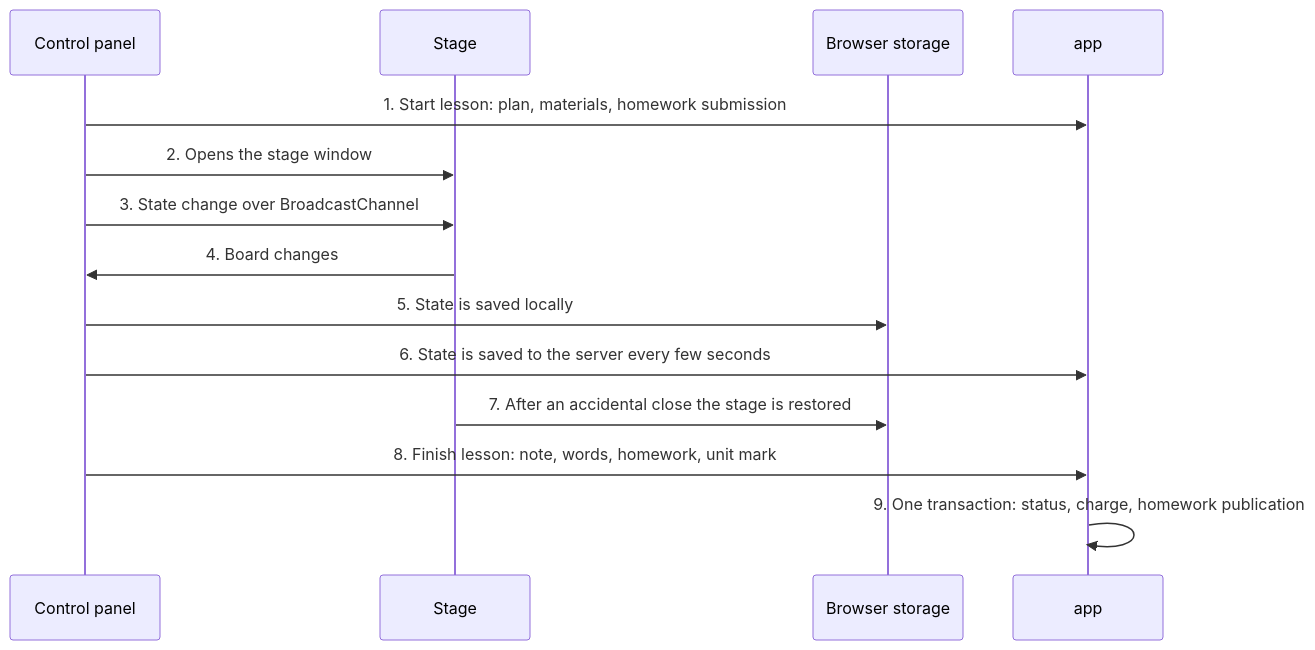
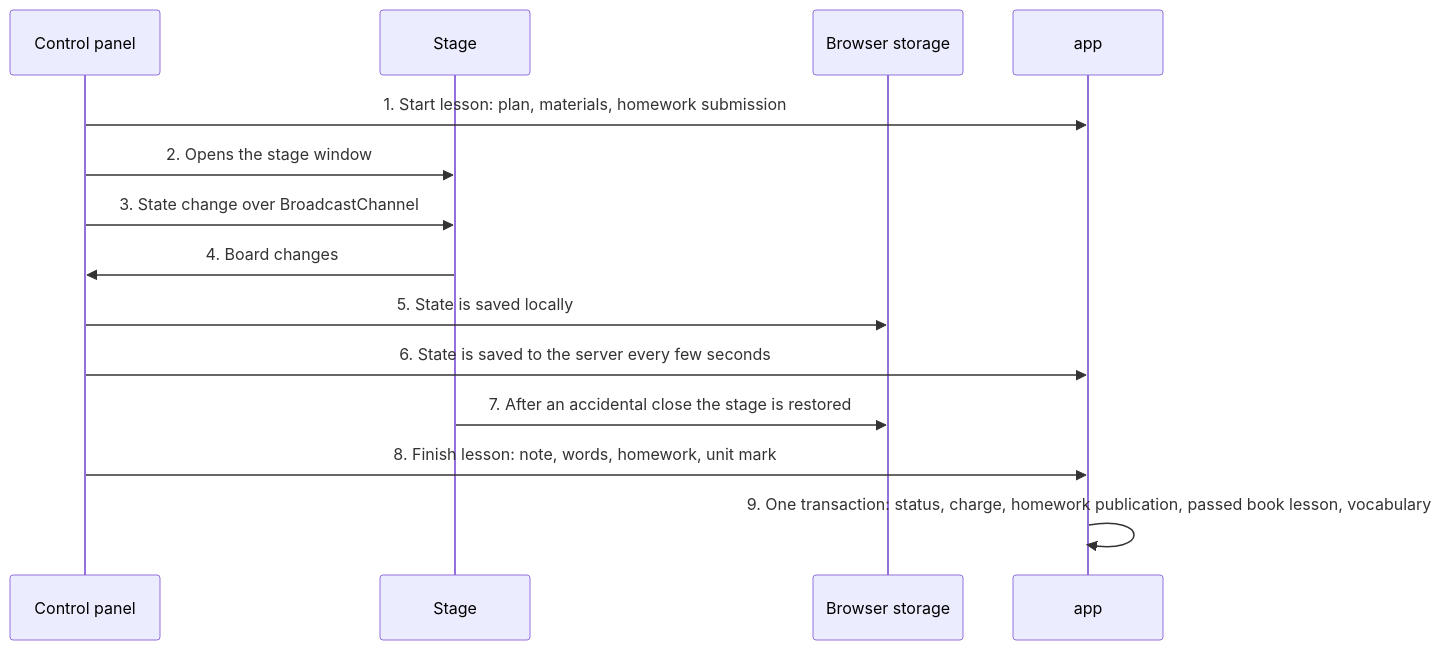
One commit to VickieKom/studysoft changed the eighth of 11 diagrams in docs/architecture.md. Above: the diagram before and after it, drawn with Mermaid. The commit also changed other lines of this file and 2 other files, not shown here.

Commit message:
Describe the vocabulary and finishLesson (#154)

````diff
--- a/docs/architecture.md
+++ b/docs/architecture.md
@@ -441,17 +442,17 @@
 ```mermaid
 sequenceDiagram
     participant P as Control panel
     participant C as Stage
     participant L as Browser storage
     participant A as app
 
     P->>A: 1. Start lesson: plan, materials, homework submission
     P->>C: 2. Opens the stage window
     P->>C: 3. State change over BroadcastChannel
     C->>P: 4. Board changes
     P->>L: 5. State is saved locally
     P->>A: 6. State is saved to the server every few seconds
     C->>L: 7. After an accidental close the stage is restored
     P->>A: 8. Finish lesson: note, words, homework, unit mark
-    A->>A: 9. One transaction: status, charge, homework publication
+    A->>A: 9. One transaction: status, charge, homework publication, passed book lesson, vocabulary
 ```
````
